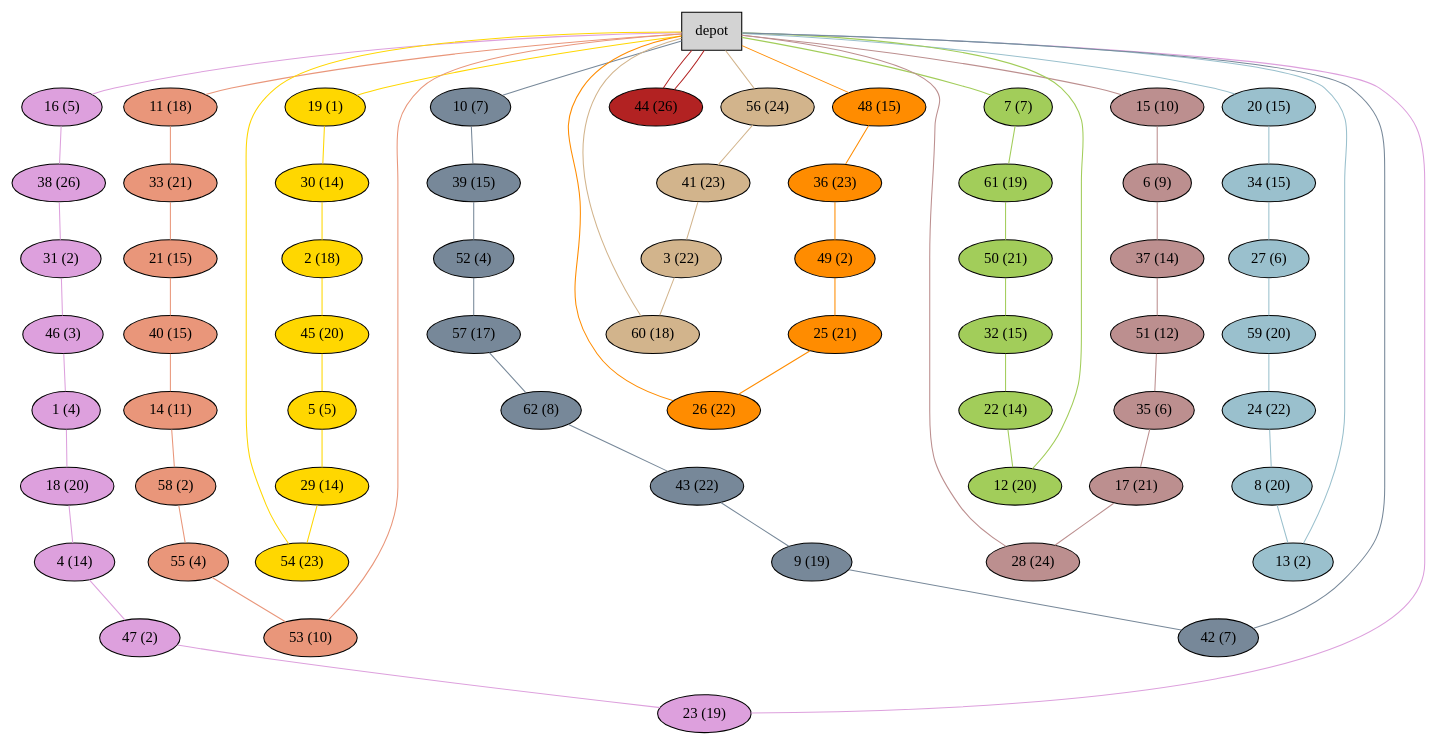
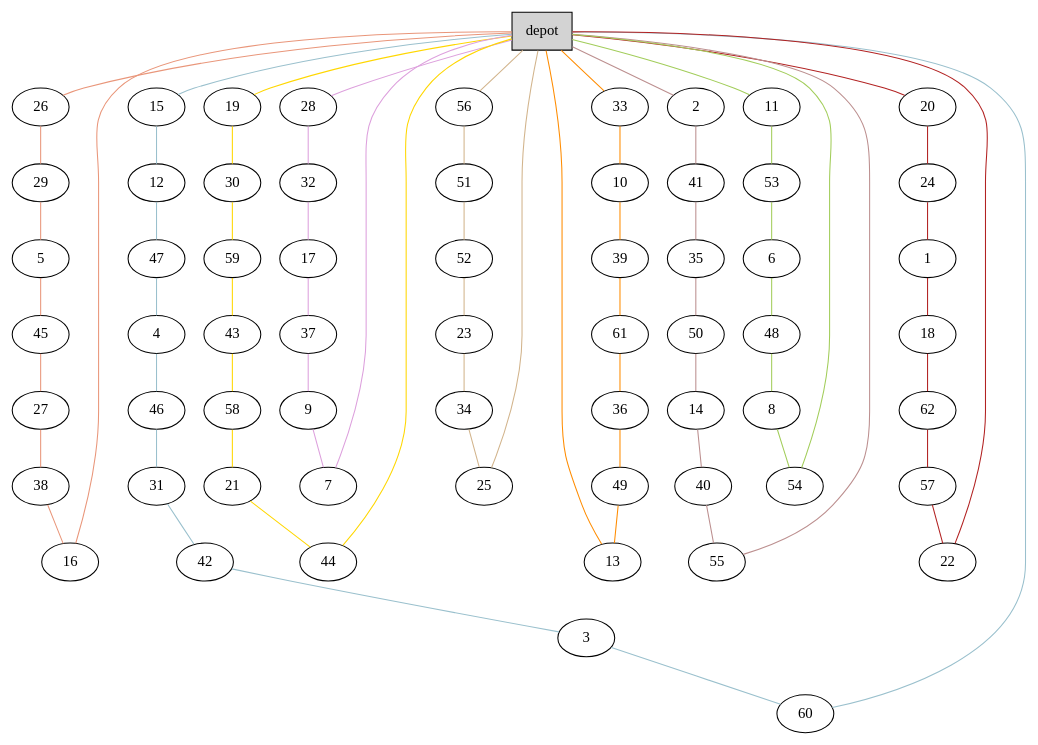
The diagram in Instances/A/plots_heuristics/A-n63-k9.vrp_G.dot (akheireddine/MAOA), drawn with Graphviz before and after one commit. The commit also changed 329 other files, not shown here.

```diff
--- a/Instances/A/plots_heuristics/A-n63-k9.vrp_G.dot
+++ b/Instances/A/plots_heuristics/A-n63-k9.vrp_G.dot
@@ -1,137 +1,136 @@
 graph G {
   0[shape = box, label = "depot", style = filled ];
-  11[shape = ellipse, label = "11 (18)", style = filled , fillcolor = darksalmon ];
-  "0"--"11"[color = darksalmon];
-  33[shape = ellipse, label = "33 (21)", style = filled , fillcolor = darksalmon ];
-  "11"--"33"[color = darksalmon];
-  21[shape = ellipse, label = "21 (15)", style = filled , fillcolor = darksalmon ];
-  "33"--"21"[color = darksalmon];
-  40[shape = ellipse, label = "40 (15)", style = filled , fillcolor = darksalmon ];
-  "21"--"40"[color = darksalmon];
-  14[shape = ellipse, label = "14 (11)", style = filled , fillcolor = darksalmon ];
-  "40"--"14"[color = darksalmon];
-  58[shape = ellipse, label = "58 (2)", style = filled , fillcolor = darksalmon ];
-  "14"--"58"[color = darksalmon];
-  55[shape = ellipse, label = "55 (4)", style = filled , fillcolor = darksalmon ];
-  "58"--"55"[color = darksalmon];
-  53[shape = ellipse, label = "53 (10)", style = filled , fillcolor = darksalmon ];
-  "55"--"53"[color = darksalmon];
-  "53"--"0"[color = darksalmon];
-  19[shape = ellipse, label = "19 (1)", style = filled , fillcolor = gold ];
+  26[shape = ellipse];
+  "0"--"26"[color = darksalmon];
+  29[shape = ellipse];
+  "26"--"29"[color = darksalmon];
+  5[shape = ellipse];
+  "29"--"5"[color = darksalmon];
+  45[shape = ellipse];
+  "5"--"45"[color = darksalmon];
+  27[shape = ellipse];
+  "45"--"27"[color = darksalmon];
+  38[shape = ellipse];
+  "27"--"38"[color = darksalmon];
+  16[shape = ellipse];
+  "38"--"16"[color = darksalmon];
+  "16"--"0"[color = darksalmon];
+  19[shape = ellipse];
   "0"--"19"[color = gold];
-  30[shape = ellipse, label = "30 (14)", style = filled , fillcolor = gold ];
+  30[shape = ellipse];
   "19"--"30"[color = gold];
-  2[shape = ellipse, label = "2 (18)", style = filled , fillcolor = gold ];
-  "30"--"2"[color = gold];
-  45[shape = ellipse, label = "45 (20)", style = filled , fillcolor = gold ];
-  "2"--"45"[color = gold];
-  5[shape = ellipse, label = "5 (5)", style = filled , fillcolor = gold ];
-  "45"--"5"[color = gold];
-  29[shape = ellipse, label = "29 (14)", style = filled , fillcolor = gold ];
-  "5"--"29"[color = gold];
-  54[shape = ellipse, label = "54 (23)", style = filled , fillcolor = gold ];
-  "29"--"54"[color = gold];
-  "54"--"0"[color = gold];
-  16[shape = ellipse, label = "16 (5)", style = filled , fillcolor = plum ];
-  "0"--"16"[color = plum];
-  38[shape = ellipse, label = "38 (26)", style = filled , fillcolor = plum ];
-  "16"--"38"[color = plum];
-  31[shape = ellipse, label = "31 (2)", style = filled , fillcolor = plum ];
-  "38"--"31"[color = plum];
-  46[shape = ellipse, label = "46 (3)", style = filled , fillcolor = plum ];
-  "31"--"46"[color = plum];
-  1[shape = ellipse, label = "1 (4)", style = filled , fillcolor = plum ];
-  "46"--"1"[color = plum];
-  18[shape = ellipse, label = "18 (20)", style = filled , fillcolor = plum ];
-  "1"--"18"[color = plum];
-  4[shape = ellipse, label = "4 (14)", style = filled , fillcolor = plum ];
-  "18"--"4"[color = plum];
-  47[shape = ellipse, label = "47 (2)", style = filled , fillcolor = plum ];
-  "4"--"47"[color = plum];
-  23[shape = ellipse, label = "23 (19)", style = filled , fillcolor = plum ];
-  "47"--"23"[color = plum];
-  "23"--"0"[color = plum];
-  56[shape = ellipse, label = "56 (24)", style = filled , fillcolor = tan ];
+  59[shape = ellipse];
+  "30"--"59"[color = gold];
+  43[shape = ellipse];
+  "59"--"43"[color = gold];
+  58[shape = ellipse];
+  "43"--"58"[color = gold];
+  21[shape = ellipse];
+  "58"--"21"[color = gold];
+  44[shape = ellipse];
+  "21"--"44"[color = gold];
+  "44"--"0"[color = gold];
+  28[shape = ellipse];
+  "0"--"28"[color = plum];
+  32[shape = ellipse];
+  "28"--"32"[color = plum];
+  17[shape = ellipse];
+  "32"--"17"[color = plum];
+  37[shape = ellipse];
+  "17"--"37"[color = plum];
+  9[shape = ellipse];
+  "37"--"9"[color = plum];
+  7[shape = ellipse];
+  "9"--"7"[color = plum];
+  "7"--"0"[color = plum];
+  56[shape = ellipse];
   "0"--"56"[color = tan];
-  41[shape = ellipse, label = "41 (23)", style = filled , fillcolor = tan ];
-  "56"--"41"[color = tan];
-  3[shape = ellipse, label = "3 (22)", style = filled , fillcolor = tan ];
-  "41"--"3"[color = tan];
-  60[shape = ellipse, label = "60 (18)", style = filled , fillcolor = tan ];
-  "3"--"60"[color = tan];
-  "60"--"0"[color = tan];
-  48[shape = ellipse, label = "48 (15)", style = filled , fillcolor = darkorange ];
-  "0"--"48"[color = darkorange];
-  36[shape = ellipse, label = "36 (23)", style = filled , fillcolor = darkorange ];
-  "48"--"36"[color = darkorange];
-  49[shape = ellipse, label = "49 (2)", style = filled , fillcolor = darkorange ];
+  51[shape = ellipse];
+  "56"--"51"[color = tan];
+  52[shape = ellipse];
+  "51"--"52"[color = tan];
+  23[shape = ellipse];
+  "52"--"23"[color = tan];
+  34[shape = ellipse];
+  "23"--"34"[color = tan];
+  25[shape = ellipse];
+  "34"--"25"[color = tan];
+  "25"--"0"[color = tan];
+  33[shape = ellipse];
+  "0"--"33"[color = darkorange];
+  10[shape = ellipse];
+  "33"--"10"[color = darkorange];
+  39[shape = ellipse];
+  "10"--"39"[color = darkorange];
+  61[shape = ellipse];
+  "39"--"61"[color = darkorange];
+  36[shape = ellipse];
+  "61"--"36"[color = darkorange];
+  49[shape = ellipse];
   "36"--"49"[color = darkorange];
-  25[shape = ellipse, label = "25 (21)", style = filled , fillcolor = darkorange ];
-  "49"--"25"[color = darkorange];
-  26[shape = ellipse, label = "26 (22)", style = filled , fillcolor = darkorange ];
-  "25"--"26"[color = darkorange];
-  "26"--"0"[color = darkorange];
-  15[shape = ellipse, label = "15 (10)", style = filled , fillcolor = rosybrown ];
-  "0"--"15"[color = rosybrown];
-  6[shape = ellipse, label = "6 (9)", style = filled , fillcolor = rosybrown ];
-  "15"--"6"[color = rosybrown];
-  37[shape = ellipse, label = "37 (14)", style = filled , fillcolor = rosybrown ];
-  "6"--"37"[color = rosybrown];
-  51[shape = ellipse, label = "51 (12)", style = filled , fillcolor = rosybrown ];
-  "37"--"51"[color = rosybrown];
-  35[shape = ellipse, label = "35 (6)", style = filled , fillcolor = rosybrown ];
-  "51"--"35"[color = rosybrown];
-  17[shape = ellipse, label = "17 (21)", style = filled , fillcolor = rosybrown ];
-  "35"--"17"[color = rosybrown];
-  28[shape = ellipse, label = "28 (24)", style = filled , fillcolor = rosybrown ];
-  "17"--"28"[color = rosybrown];
-  "28"--"0"[color = rosybrown];
-  7[shape = ellipse, label = "7 (7)", style = filled , fillcolor = darkolivegreen3 ];
-  "0"--"7"[color = darkolivegreen3];
-  61[shape = ellipse, label = "61 (19)", style = filled , fillcolor = darkolivegreen3 ];
-  "7"--"61"[color = darkolivegreen3];
-  50[shape = ellipse, label = "50 (21)", style = filled , fillcolor = darkolivegreen3 ];
-  "61"--"50"[color = darkolivegreen3];
-  32[shape = ellipse, label = "32 (15)", style = filled , fillcolor = darkolivegreen3 ];
-  "50"--"32"[color = darkolivegreen3];
-  22[shape = ellipse, label = "22 (14)", style = filled , fillcolor = darkolivegreen3 ];
-  "32"--"22"[color = darkolivegreen3];
-  12[shape = ellipse, label = "12 (20)", style = filled , fillcolor = darkolivegreen3 ];
-  "22"--"12"[color = darkolivegreen3];
-  "12"--"0"[color = darkolivegreen3];
-  20[shape = ellipse, label = "20 (15)", style = filled , fillcolor = lightblue3 ];
-  "0"--"20"[color = lightblue3];
-  34[shape = ellipse, label = "34 (15)", style = filled , fillcolor = lightblue3 ];
-  "20"--"34"[color = lightblue3];
-  27[shape = ellipse, label = "27 (6)", style = filled , fillcolor = lightblue3 ];
-  "34"--"27"[color = lightblue3];
-  59[shape = ellipse, label = "59 (20)", style = filled , fillcolor = lightblue3 ];
-  "27"--"59"[color = lightblue3];
-  24[shape = ellipse, label = "24 (22)", style = filled , fillcolor = lightblue3 ];
-  "59"--"24"[color = lightblue3];
-  8[shape = ellipse, label = "8 (20)", style = filled , fillcolor = lightblue3 ];
-  "24"--"8"[color = lightblue3];
-  13[shape = ellipse, label = "13 (2)", style = filled , fillcolor = lightblue3 ];
-  "8"--"13"[color = lightblue3];
-  "13"--"0"[color = lightblue3];
-  44[shape = ellipse, label = "44 (26)", style = filled , fillcolor = firebrick ];
-  "0"--"44"[color = firebrick];
-  "44"--"0"[color = firebrick];
-  10[shape = ellipse, label = "10 (7)", style = filled , fillcolor = lightslategray ];
-  "0"--"10"[color = lightslategray];
-  39[shape = ellipse, label = "39 (15)", style = filled , fillcolor = lightslategray ];
-  "10"--"39"[color = lightslategray];
-  52[shape = ellipse, label = "52 (4)", style = filled , fillcolor = lightslategray ];
-  "39"--"52"[color = lightslategray];
-  57[shape = ellipse, label = "57 (17)", style = filled , fillcolor = lightslategray ];
-  "52"--"57"[color = lightslategray];
-  62[shape = ellipse, label = "62 (8)", style = filled , fillcolor = lightslategray ];
-  "57"--"62"[color = lightslategray];
-  43[shape = ellipse, label = "43 (22)", style = filled , fillcolor = lightslategray ];
-  "62"--"43"[color = lightslategray];
-  9[shape = ellipse, label = "9 (19)", style = filled , fillcolor = lightslategray ];
-  "43"--"9"[color = lightslategray];
-  42[shape = ellipse, label = "42 (7)", style = filled , fillcolor = lightslategray ];
-  "9"--"42"[color = lightslategray];
-  "42"--"0"[color = lightslategray];
+  13[shape = ellipse];
+  "49"--"13"[color = darkorange];
+  "13"--"0"[color = darkorange];
+  2[shape = ellipse];
+  "0"--"2"[color = rosybrown];
+  41[shape = ellipse];
+  "2"--"41"[color = rosybrown];
+  35[shape = ellipse];
+  "41"--"35"[color = rosybrown];
+  50[shape = ellipse];
+  "35"--"50"[color = rosybrown];
+  14[shape = ellipse];
+  "50"--"14"[color = rosybrown];
+  40[shape = ellipse];
+  "14"--"40"[color = rosybrown];
+  55[shape = ellipse];
+  "40"--"55"[color = rosybrown];
+  "55"--"0"[color = rosybrown];
+  11[shape = ellipse];
+  "0"--"11"[color = darkolivegreen3];
+  53[shape = ellipse];
+  "11"--"53"[color = darkolivegreen3];
+  6[shape = ellipse];
+  "53"--"6"[color = darkolivegreen3];
+  48[shape = ellipse];
+  "6"--"48"[color = darkolivegreen3];
+  8[shape = ellipse];
+  "48"--"8"[color = darkolivegreen3];
+  54[shape = ellipse];
+  "8"--"54"[color = darkolivegreen3];
+  "54"--"0"[color = darkolivegreen3];
+  15[shape = ellipse];
+  "0"--"15"[color = lightblue3];
+  12[shape = ellipse];
+  "15"--"12"[color = lightblue3];
+  47[shape = ellipse];
+  "12"--"47"[color = lightblue3];
+  4[shape = ellipse];
+  "47"--"4"[color = lightblue3];
+  46[shape = ellipse];
+  "4"--"46"[color = lightblue3];
+  31[shape = ellipse];
+  "46"--"31"[color = lightblue3];
+  42[shape = ellipse];
+  "31"--"42"[color = lightblue3];
+  3[shape = ellipse];
+  "42"--"3"[color = lightblue3];
+  60[shape = ellipse];
+  "3"--"60"[color = lightblue3];
+  "60"--"0"[color = lightblue3];
+  20[shape = ellipse];
+  "0"--"20"[color = firebrick];
+  24[shape = ellipse];
+  "20"--"24"[color = firebrick];
+  1[shape = ellipse];
+  "24"--"1"[color = firebrick];
+  18[shape = ellipse];
+  "1"--"18"[color = firebrick];
+  62[shape = ellipse];
+  "18"--"62"[color = firebrick];
+  57[shape = ellipse];
+  "62"--"57"[color = firebrick];
+  22[shape = ellipse];
+  "57"--"22"[color = firebrick];
+  "22"--"0"[color = firebrick];
 }
```
